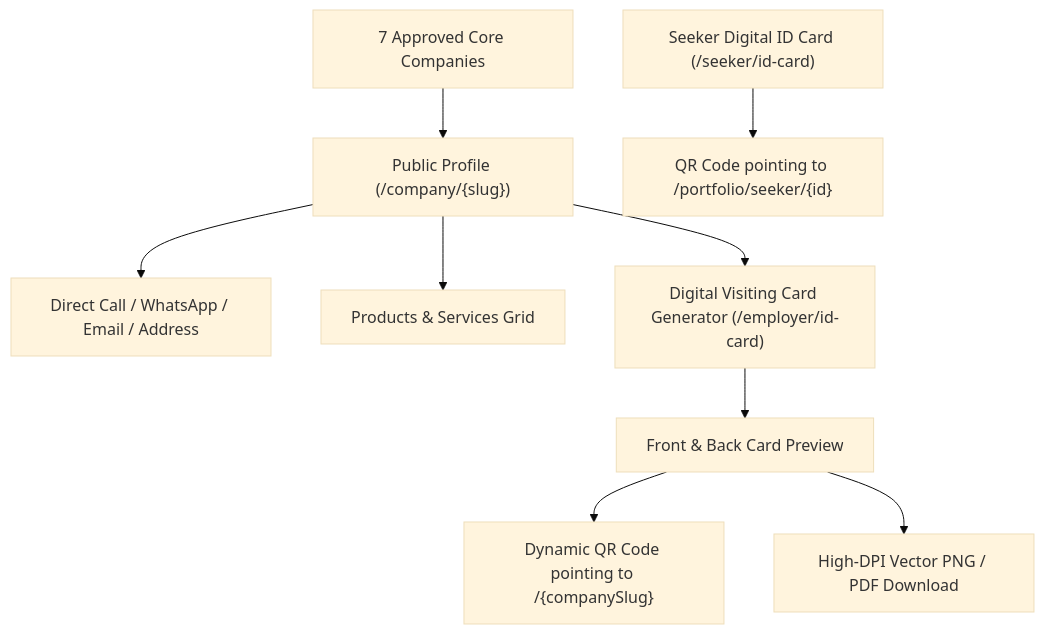
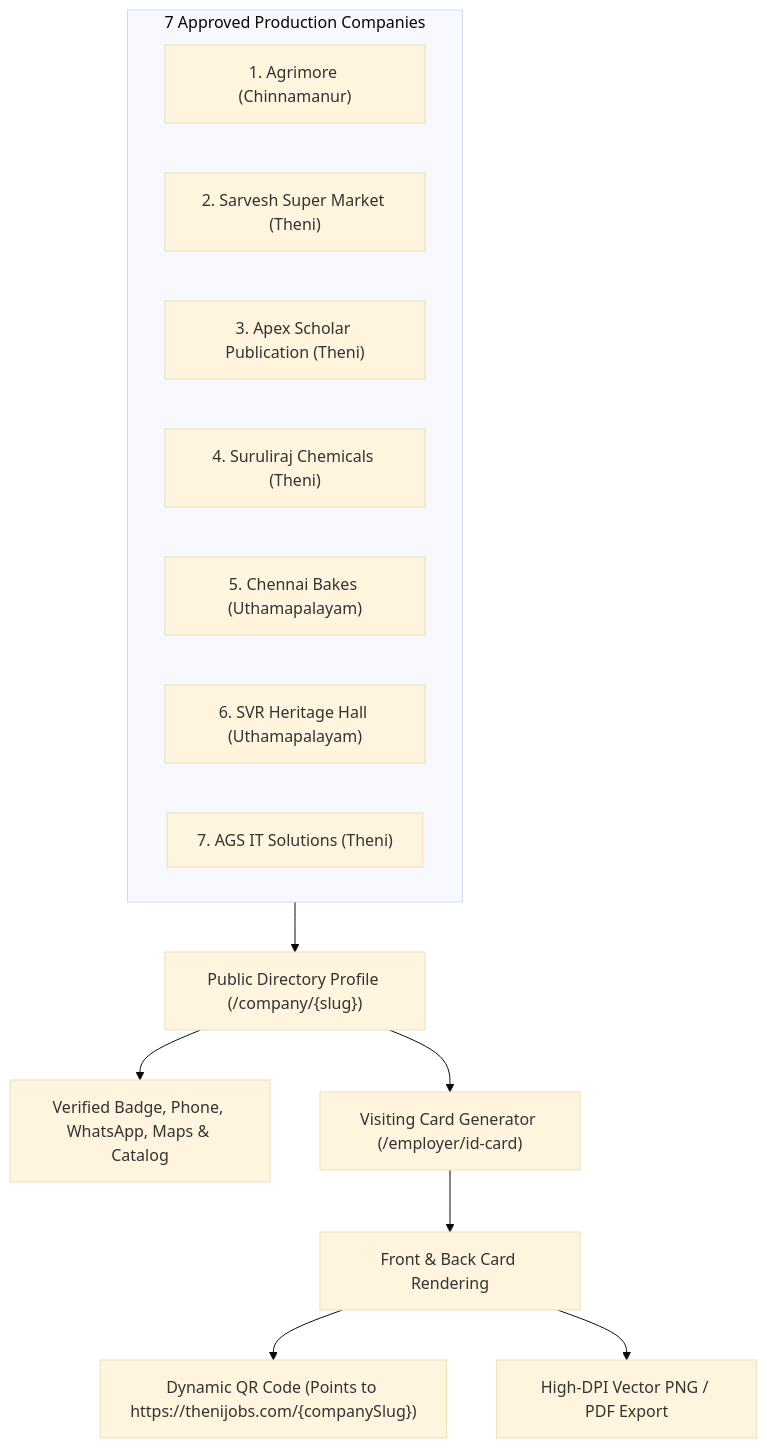
One commit to SRIESWARAN01/thenijobs-web changed the ninth of 13 diagrams in WORKFLOW.md. Above: the diagram before and after it, drawn with Mermaid (base theme). The commit also changed other lines of this file and 3 other files, not shown here.

Commit message:
docs(workflow): master system architecture, complete mermaid diagrams, and end-to-end validation test suite

````diff
--- a/WORKFLOW.md
+++ b/WORKFLOW.md
@@ -234,11 +337,20 @@
 ```mermaid
 flowchart TD
-    ApprovedCompanies["7 Approved Core Companies"] --> ProfileView["Public Profile (/company/{slug})"]
-    ProfileView --> ContactActions["Direct Call / WhatsApp / Email / Address"]
-    ProfileView --> CatalogGrid["Products & Services Grid"]
-    ProfileView --> VCardGen["Digital Visiting Card Generator (/employer/id-card)"]
-    VCardGen --> LivePreview["Front & Back Card Preview"]
-    LivePreview --> QRCode["Dynamic QR Code pointing to /{companySlug}"]
-    LivePreview --> PrintCard["High-DPI Vector PNG / PDF Download"]
-    CandidateID["Seeker Digital ID Card (/seeker/id-card)"] --> SeekerQR["QR Code pointing to /portfolio/seeker/{id}"]
+    subgraph ApprovedSeven["7 Approved Production Companies"]
+        C1["1. Agrimore (Chinnamanur)"]
+        C2["2. Sarvesh Super Market (Theni)"]
+        C3["3. Apex Scholar Publication (Theni)"]
+        C4["4. Suruliraj Chemicals (Theni)"]
+        C5["5. Chennai Bakes (Uthamapalayam)"]
+        C6["6. SVR Heritage Hall (Uthamapalayam)"]
+        C7["7. AGS IT Solutions (Theni)"]
+    end
+
+    ApprovedSeven --> PublicDirectory["Public Directory Profile (/company/{slug})"]
+    PublicDirectory --> InfoDisplay["Verified Badge, Phone, WhatsApp, Maps & Catalog"]
+    PublicDirectory --> VCard["Visiting Card Generator (/employer/id-card)"]
+    
+    VCard --> FrontBack["Front & Back Card Rendering"]
+    FrontBack --> QR["Dynamic QR Code (Points to https://thenijobs.com/{companySlug})"]
+    FrontBack --> Download["High-DPI Vector PNG / PDF Export"]
 ```
````
